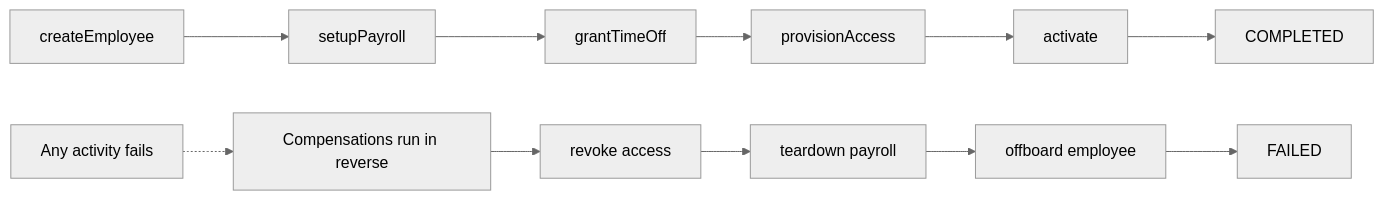
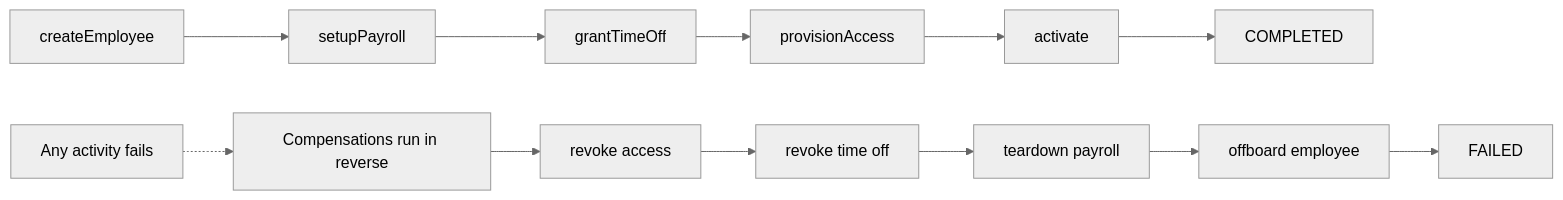
One commit to Connectum-Framework/docs changed the first of 2 diagrams in en/guide/service-communication/choosing-a-mechanism.md. Above: the diagram before and after it, drawn with Mermaid (neutral theme). The commit also changed other lines of this file and 93 other files, not shown here.

````diff
--- a/en/guide/service-communication/choosing-a-mechanism.md
+++ b/en/guide/service-communication/choosing-a-mechanism.md
@@ -130,14 +133,15 @@
 ```mermaid
 flowchart LR
     Employee[createEmployee] --> Payroll[setupPayroll]
     Payroll --> TimeOff[grantTimeOff]
     TimeOff --> Access[provisionAccess]
     Access --> Activate[activate]
     Activate --> Complete[COMPLETED]
 
     Failure[Any activity fails] -.-> Reverse[Compensations run in reverse]
     Reverse --> Revoke[revoke access]
-    Revoke --> Teardown[teardown payroll]
+    Revoke --> RevokeTimeOff[revoke time off]
+    RevokeTimeOff --> Teardown[teardown payroll]
     Teardown --> Offboard[offboard employee]
     Offboard --> Failed[FAILED]
 ```
````
